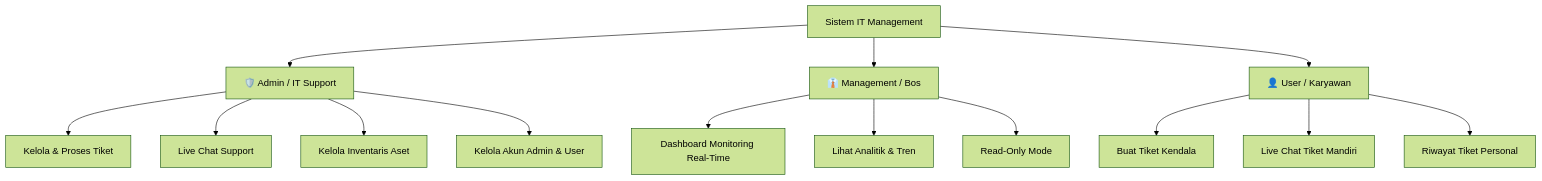
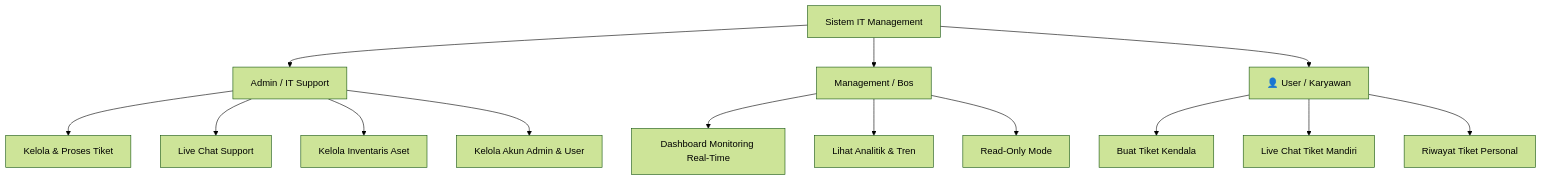
Before and after one commit to kowiyuliman/ticketingsystem-withlivechat: the diagram in README.md, drawn with Mermaid (forest theme). The commit also changed other lines of this file, not shown here.

````diff
--- a/README.md
+++ b/README.md
@@ -71,19 +71,19 @@
 ```mermaid
 flowchart TD
-    A[Sistem IT Management] --> B[🛡️ Admin / IT Support]
-    A --> C[👔 Management / Bos]
+    A[Sistem IT Management] --> B[Admin / IT Support]
+    A --> C[Management / Bos]
     A --> D[👤 User / Karyawan]
 
     B --> B1[Kelola & Proses Tiket]
     B --> B2[Live Chat Support]
     B --> B3[Kelola Inventaris Aset]
     B --> B4[Kelola Akun Admin & User]
 
     C --> C1[Dashboard Monitoring Real-Time]
     C --> C2[Lihat Analitik & Tren]
     C --> C3[Read-Only Mode]
 
     D --> D1[Buat Tiket Kendala]
     D --> D2[Live Chat Tiket Mandiri]
     D --> D3[Riwayat Tiket Personal]
 ```
````
